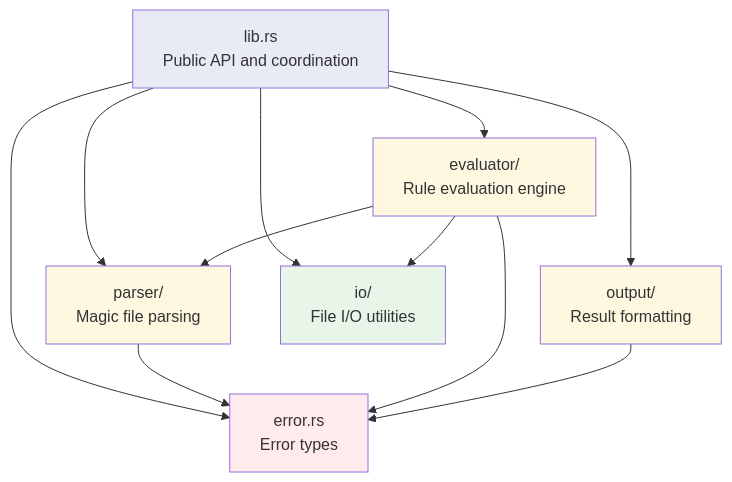
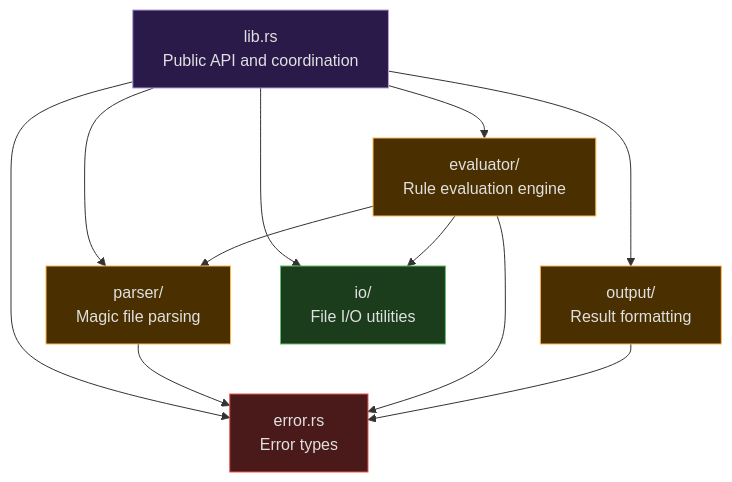
Before and after one commit to EvilBit-Labs/libmagic-rs: the fifth of 5 diagrams in docs/src/architecture.md, drawn with Mermaid. The commit also changed other lines of this file and 2 other files, not shown here.

Commit message:
style(docs): update diagram styles for architecture and output sections

````diff
--- a/docs/src/architecture.md
+++ b/docs/src/architecture.md
@@ -347,22 +347,22 @@
 ```mermaid
 flowchart TD
     L[lib.rs<br/>Public API and coordination]
     L --> P[parser/<br/>Magic file parsing]
     L --> E[evaluator/<br/>Rule evaluation engine]
     L --> O[output/<br/>Result formatting]
     L --> I[io/<br/>File I/O utilities]
     L --> ER[error.rs<br/>Error types]
 
     P --> ER
     E --> P
     E --> I
     E --> ER
     O --> ER
 
-    style L fill:#e8eaf6
-    style P fill:#fff8e1
-    style E fill:#fff8e1
-    style O fill:#fff8e1
-    style I fill:#e8f5e9
-    style ER fill:#ffebee
+    style L fill:#2a1a4a,stroke:#b39ddb,color:#e0e0e0
+    style P fill:#4a3000,stroke:#ffb74d,color:#e0e0e0
+    style E fill:#4a3000,stroke:#ffb74d,color:#e0e0e0
+    style O fill:#4a3000,stroke:#ffb74d,color:#e0e0e0
+    style I fill:#1b3d1b,stroke:#66bb6a,color:#e0e0e0
+    style ER fill:#4a1a1a,stroke:#ef5350,color:#e0e0e0
 ```
````
